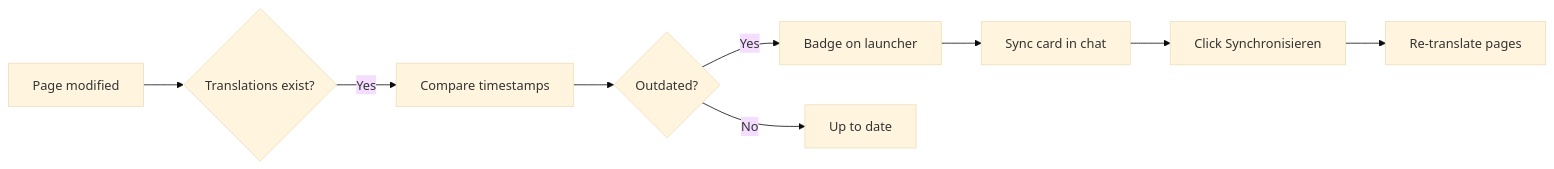
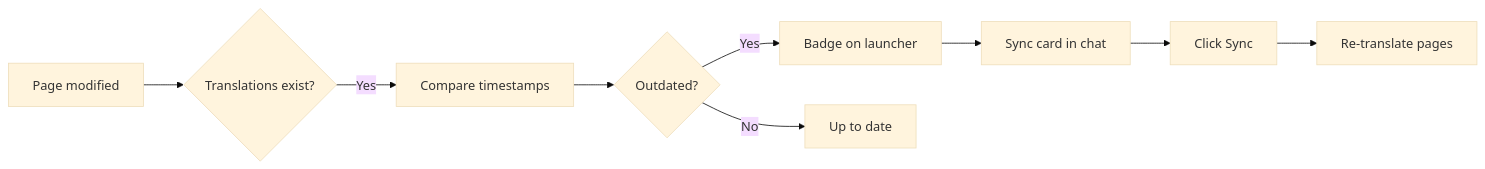
The second of 6 diagrams in README.md (interaktivgmbh/volto-interaktiv-kyra), drawn with Mermaid (base theme) before and after one commit. The commit also changed other lines of this file, not shown here.

````diff
--- a/README.md
+++ b/README.md
@@ -83,11 +79,11 @@
 ```mermaid
 flowchart LR
-    A[Page modified] --> B{Translations exist?}
-    B -->|Yes| C[Compare timestamps]
-    C --> D{Outdated?}
-    D -->|Yes| E[Badge on launcher]
-    E --> F[Sync card in chat]
-    F --> G[Click Synchronisieren]
-    G --> H[Re-translate pages]
-    D -->|No| I[Up to date]
+    A["Page modified"] --> B{"Translations exist?"}
+    B -->|Yes| C["Compare timestamps"]
+    C --> D{"Outdated?"}
+    D -->|Yes| E["Badge on launcher"]
+    E --> F["Sync card in chat"]
+    F --> G["Click Sync"]
+    G --> H["Re-translate pages"]
+    D -->|No| I["Up to date"]
 ```
````
